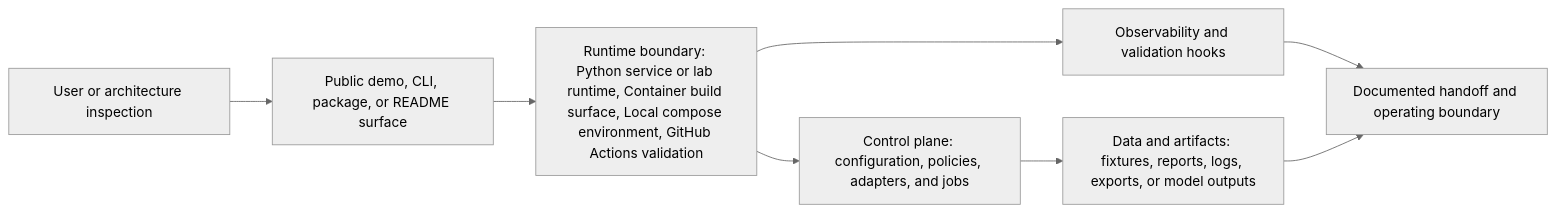
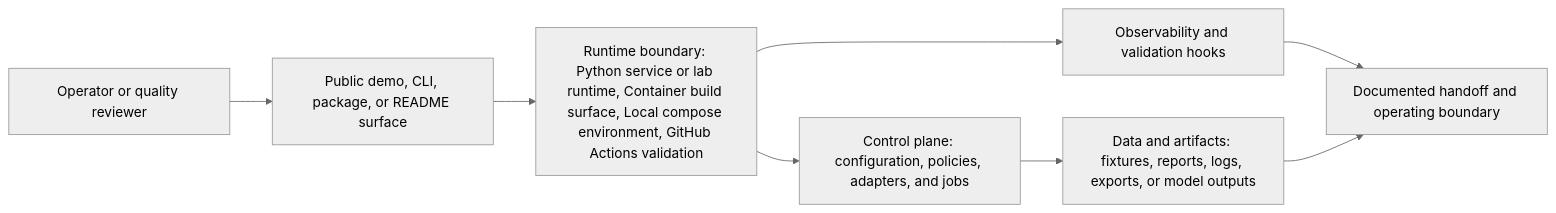
One commit to KIM3310/weld-defect-vision changed the diagram in docs/system-architecture.md. Above: the diagram before and after it, drawn with Mermaid (neutral theme). The commit also changed other lines of this file and 28 other files, not shown here.

````diff
--- a/docs/system-architecture.md
+++ b/docs/system-architecture.md
@@ -18,10 +18,10 @@
 ```mermaid
 flowchart LR
-    User["User or architecture inspection"] --> Surface["Public demo, CLI, package, or README surface"]
+    User["Operator or quality reviewer"] --> Surface["Public demo, CLI, package, or README surface"]
     Surface --> Runtime["Runtime boundary: Python service or lab runtime, Container build surface, Local compose environment, GitHub Actions validation"]
     Runtime --> Control["Control plane: configuration, policies, adapters, and jobs"]
     Control --> Data["Data and artifacts: fixtures, reports, logs, exports, or model outputs"]
     Runtime --> Observability["Observability and validation hooks"]
     Observability --> Handoff["Documented handoff and operating boundary"]
     Data --> Handoff
 ```
````
